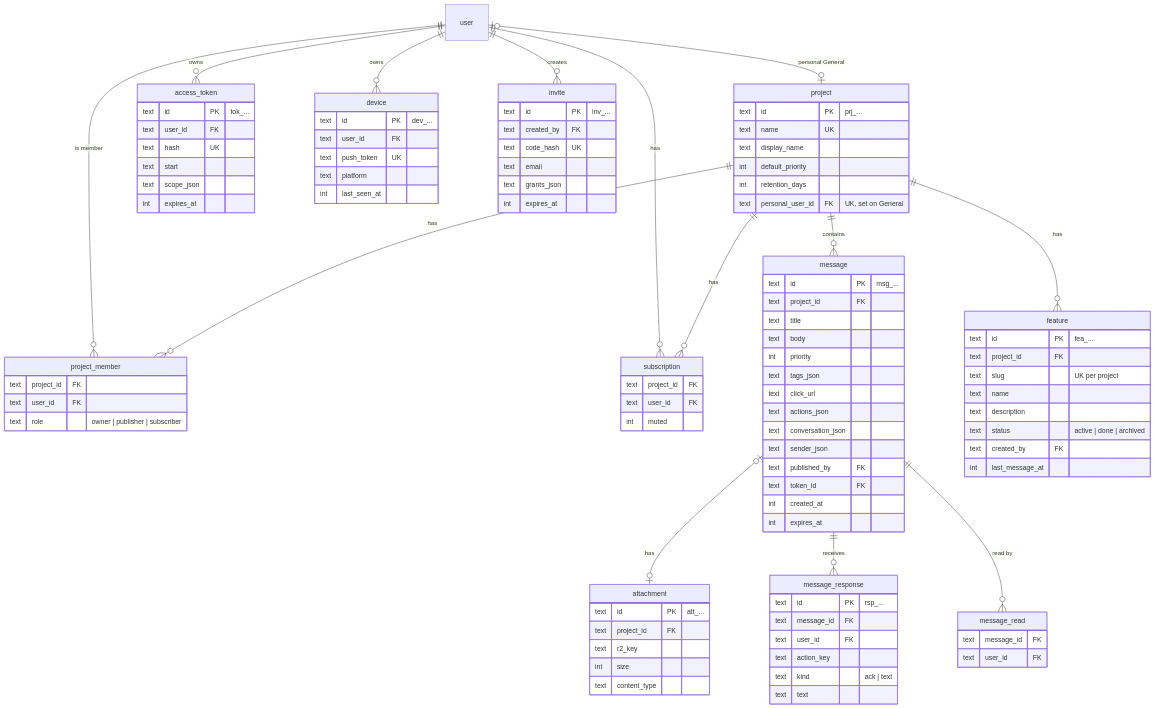
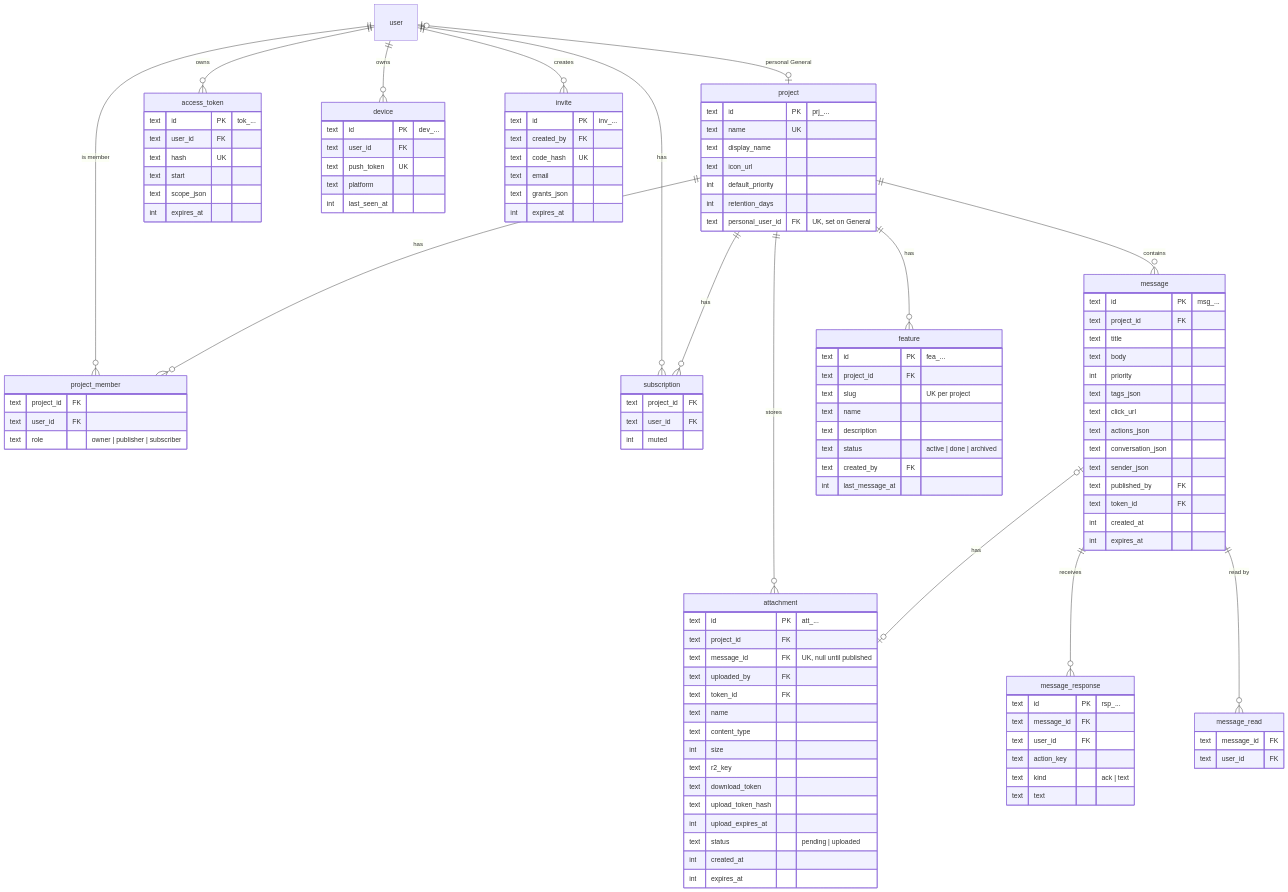
The diagram in apps/fumadocs/content/docs/architecture/data-model.mdx (BRTZL/pocket-notifier), drawn with Mermaid before and after one commit. The commit also changed other lines of this file and 95 other files, not shown here.

First line of the commit message:
feat: project icons, message attachments and 30-day file cleanup

```diff
--- a/apps/fumadocs/content/docs/architecture/data-model.mdx
+++ b/apps/fumadocs/content/docs/architecture/data-model.mdx
@@ -14,6 +14,7 @@
   project ||--o{ message : contains
   project ||--o{ feature : has
   user |o--o| project : "personal General"
+  project ||--o{ attachment : stores
   message |o--o| attachment : has
   message ||--o{ message_response : receives
   message ||--o{ message_read : "read by"
@@ -25,6 +26,7 @@
     text id PK "prj_..."
     text name UK
     text display_name
+    text icon_url
     int default_priority
     int retention_days
     text personal_user_id FK "UK, set on General"
@@ -68,9 +70,19 @@
   attachment {
     text id PK "att_..."
     text project_id FK
+    text message_id FK "UK, null until published"
+    text uploaded_by FK
+    text token_id FK
+    text name
+    text content_type
+    int size
     text r2_key
-    int size
-    text content_type
+    text download_token
+    text upload_token_hash
+    int upload_expires_at
+    text status "pending | uploaded"
+    int created_at
+    int expires_at
   }
   message_response {
     text id PK "rsp_..."
```
